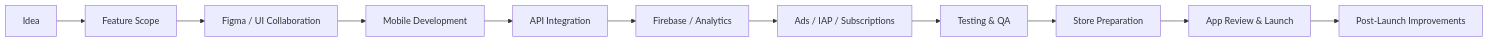
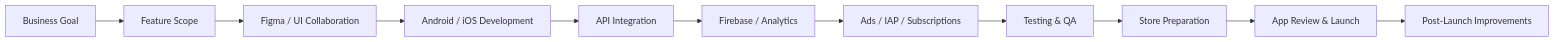
One commit to iamahsanshaaf/iamahsanshaaf changed the second of 2 diagrams in README.md. Above: the diagram before and after it, drawn with Mermaid. The commit also changed other lines of this file, not shown here.

````diff
--- a/README.md
+++ b/README.md
@@ -284,13 +319,13 @@
 ```mermaid
 flowchart LR
-    A[Idea] --> B[Feature Scope]
+    A[Business Goal] --> B[Feature Scope]
     B --> C[Figma / UI Collaboration]
-    C --> D[Mobile Development]
+    C --> D[Android / iOS Development]
     D --> E[API Integration]
     E --> F[Firebase / Analytics]
     F --> G[Ads / IAP / Subscriptions]
     G --> H[Testing & QA]
     H --> I[Store Preparation]
     I --> J[App Review & Launch]
     J --> K[Post-Launch Improvements]
 ```
````
